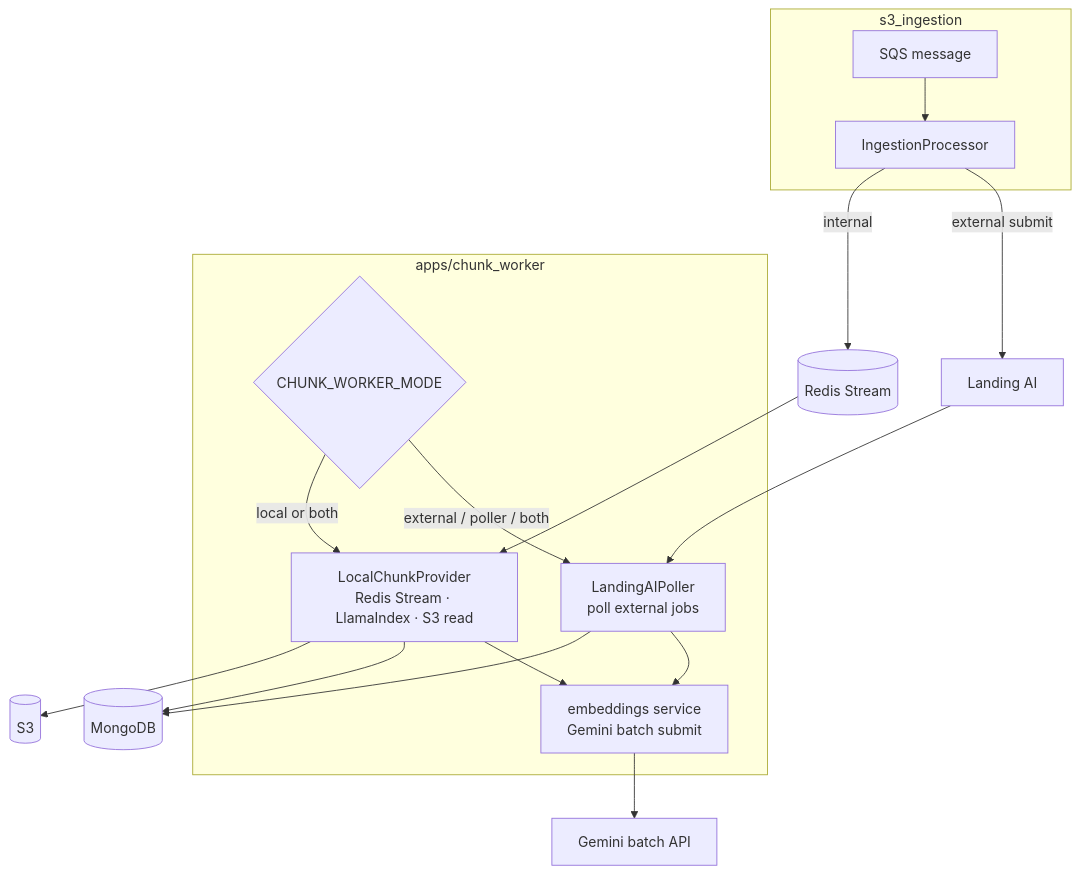
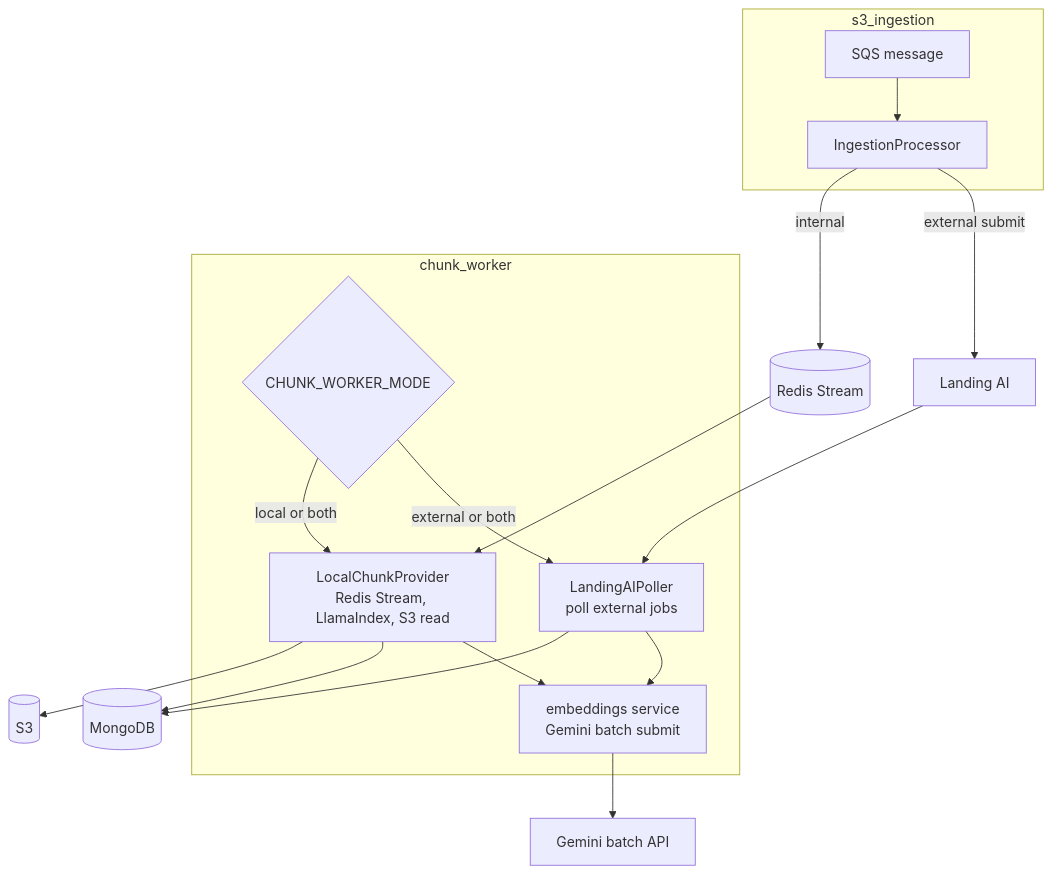
One commit to DevMittal1/CutomerRAG changed the second of 7 diagrams in README.md. Above: the diagram before and after it, drawn with Mermaid. The commit also changed other lines of this file, not shown here.

Commit message:
Add architecture

````diff
--- a/README.md
+++ b/README.md
@@ -124,37 +124,37 @@
 ```mermaid
 flowchart TB
     subgraph ingestion [s3_ingestion]
         SQS[SQS message]
         Proc[IngestionProcessor]
     end
 
-    subgraph chunk [apps/chunk_worker]
+    subgraph chunk [chunk_worker]
         Mode{CHUNK_WORKER_MODE}
-        Local[LocalChunkProvider<br/>Redis Stream · LlamaIndex · S3 read]
-        Ext[LandingAIPoller<br/>poll external jobs]
-        Emb[embeddings service<br/>Gemini batch submit]
+        Local["LocalChunkProvider<br/>Redis Stream, LlamaIndex, S3 read"]
+        Ext["LandingAIPoller<br/>poll external jobs"]
+        Emb["embeddings service<br/>Gemini batch submit"]
     end
 
     Mongo[(MongoDB)]
     Redis[(Redis Stream)]
     S3[(S3)]
-    LA[Landing AI]
+    LA["Landing AI"]
 
     SQS --> Proc
-    Proc -->|internal| Redis
-    Proc -->|external submit| LA
+    Proc -->|"internal"| Redis
+    Proc -->|"external submit"| LA
 
-    Mode -->|local or both| Local
-    Mode -->|external / poller / both| Ext
+    Mode -->|"local or both"| Local
+    Mode -->|"external or both"| Ext
 
     Redis --> Local
     Local --> S3
     Local --> Mongo
     Local --> Emb
 
     LA --> Ext
     Ext --> Mongo
     Ext --> Emb
 
-    Emb --> Gemini[Gemini batch API]
+    Emb --> GeminiBatch["Gemini batch API"]
 ```
````
